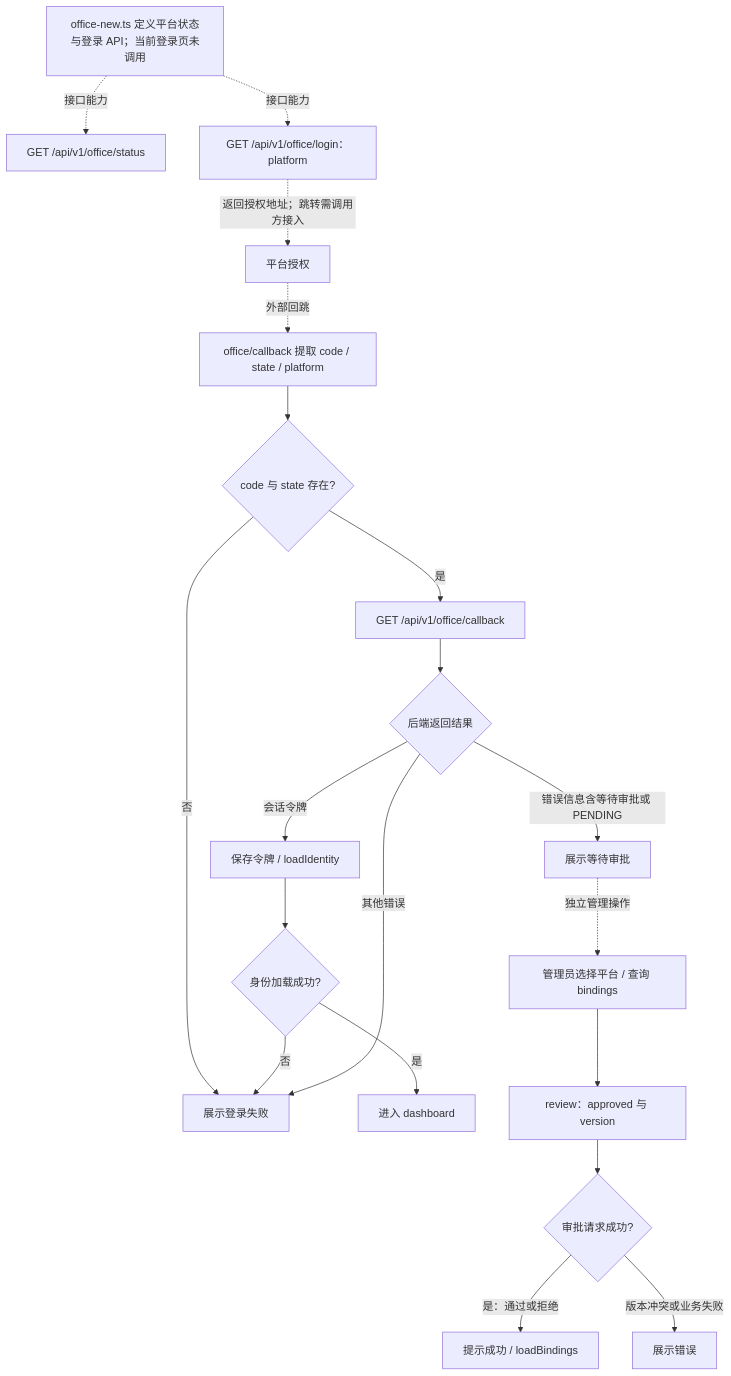
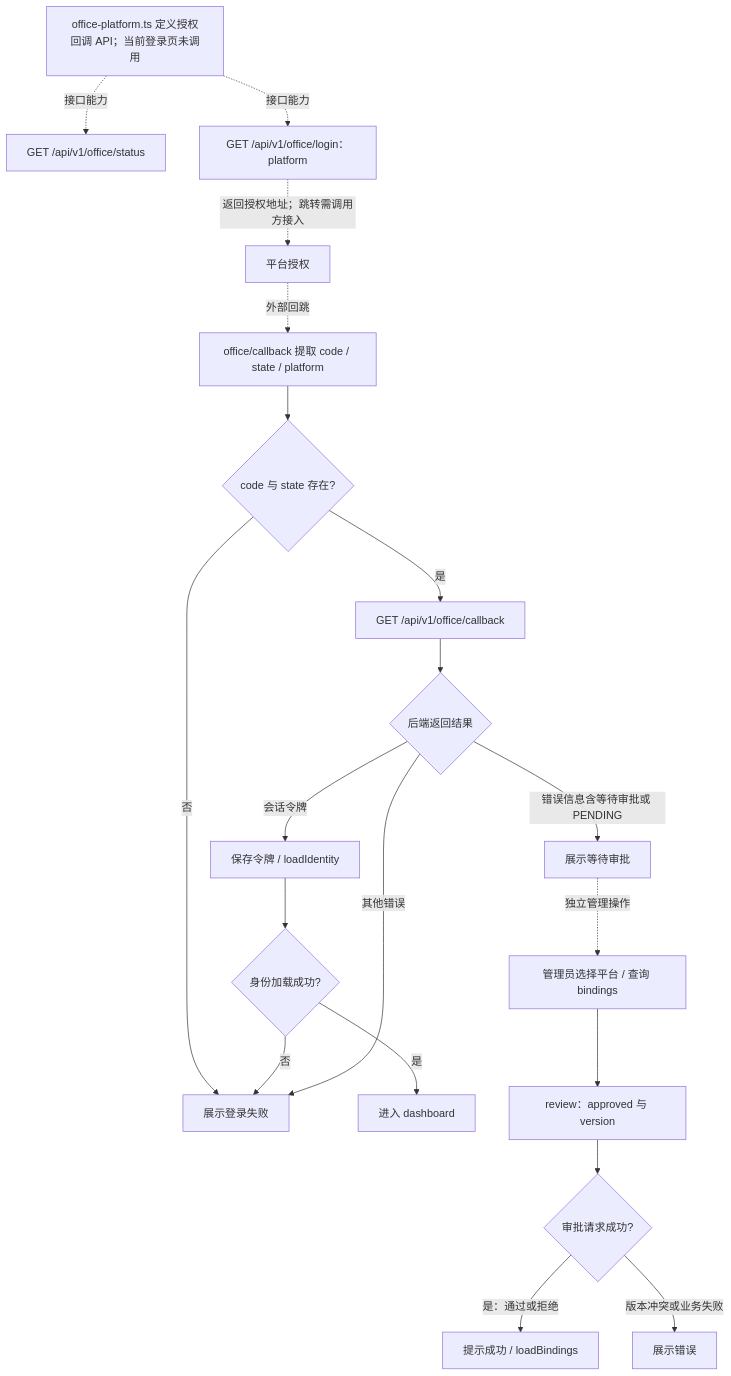
One commit to apex-cloud-service/apex-admin-web changed the tenth of 15 diagrams in AGENTS.md. Above: the diagram before and after it, drawn with Mermaid. The commit also changed other lines of this file and 50 other files, not shown here.

````diff
--- a/AGENTS.md
+++ b/AGENTS.md
@@ -415,23 +415,23 @@
 ```mermaid
 flowchart TD
-    CAP[office-new.ts 定义平台状态与登录 API；当前登录页未调用]
+    CAP[office-platform.ts 定义授权回调 API；当前登录页未调用]
     CAP -.接口能力.-> STATUS[GET /api/v1/office/status]
     CAP -.接口能力.-> URL[GET /api/v1/office/login：platform]
     URL -.返回授权地址；跳转需调用方接入.-> PLATFORM[平台授权]
     PLATFORM -.外部回跳.-> CALLBACK[office/callback 提取 code / state / platform]
     CALLBACK --> VALID{code 与 state 存在?}
     VALID -->|否| ERROR[展示登录失败]
     VALID -->|是| EXCHANGE[GET /api/v1/office/callback]
     EXCHANGE --> RESULT{后端返回结果}
     RESULT -->|会话令牌| SAVE[保存令牌 / loadIdentity]
     SAVE --> LOADED{身份加载成功?}
     LOADED -->|是| HOME[进入 dashboard]
     LOADED -->|否| ERROR
     RESULT -->|错误信息含等待审批或 PENDING| WAIT[展示等待审批]
     RESULT -->|其他错误| ERROR
     WAIT -.独立管理操作.-> ADMIN[管理员选择平台 / 查询 bindings]
     ADMIN --> REVIEW[review：approved 与 version]
     REVIEW --> DECISION{审批请求成功?}
     DECISION -->|是：通过或拒绝| RELOAD[提示成功 / loadBindings]
     DECISION -->|版本冲突或业务失败| FEEDBACK[展示错误]
 ```
````
